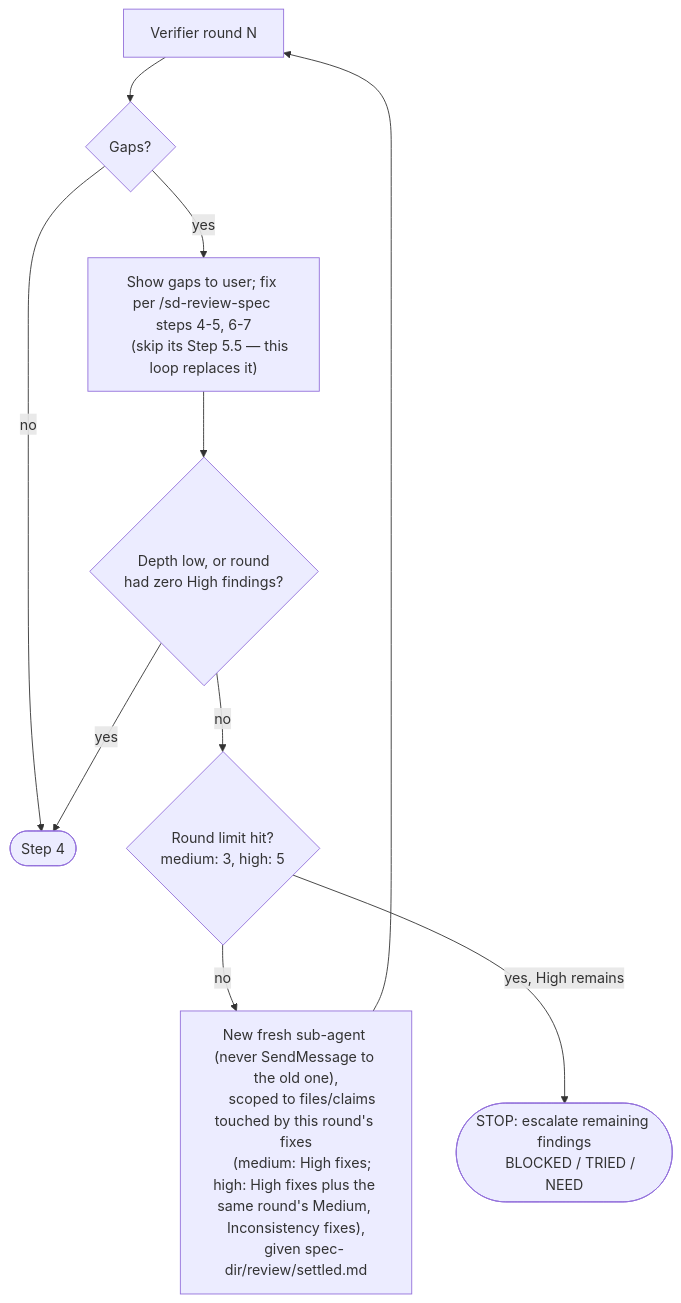
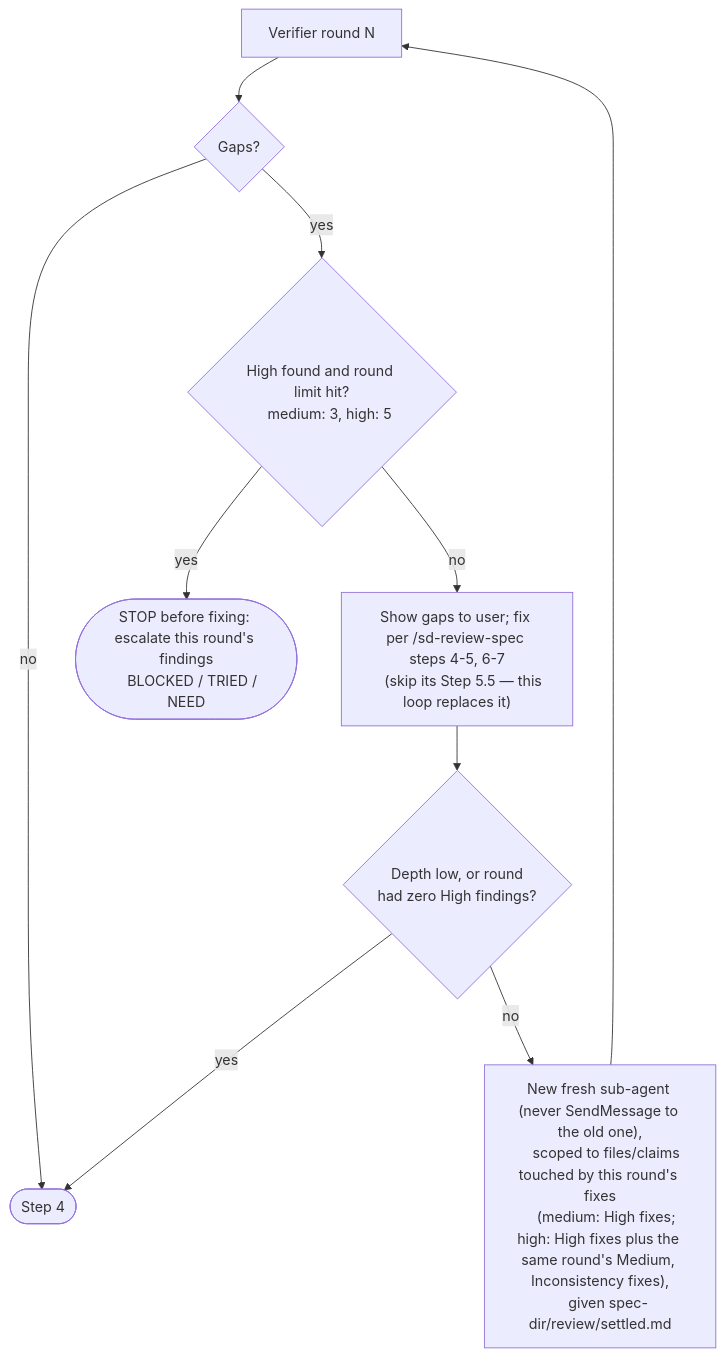
One commit to Ronnasayd/aipp changed the diagram in skills/sd-planning/references/verifier-pass.md. Above: the diagram before and after it, drawn with Mermaid. The commit also changed other lines of this file and 2 other files, not shown here.

Commit message:
docs(sd-planning): check round limit before applying fixes
At the round limit with High findings, escalate before applying that
round's fixes so no unverified fix lands. Unrecognized depth values in
/sd-planning are handled like a missing depth (ask once).

````diff
--- a/skills/sd-planning/references/verifier-pass.md
+++ b/skills/sd-planning/references/verifier-pass.md
@@ -24,18 +24,18 @@
 ```mermaid
 flowchart TD
     R["Verifier round N"] --> G{"Gaps?"}
     G -- no --> Done([Step 4])
-    G -- yes --> F["Show gaps to user; fix per /sd-review-spec steps 4-5, 6-7
+    G -- yes --> H{"High found and round limit hit?
+    medium: 3, high: 5"}
+    H -- "yes" --> E([STOP before fixing: escalate this round's findings
+    BLOCKED / TRIED / NEED])
+    H -- no --> F["Show gaps to user; fix per /sd-review-spec steps 4-5, 6-7
     (skip its Step 5.5 — this loop replaces it)"]
     F --> Q{"Depth low, or round
     had zero High findings?"}
     Q -- yes --> Done
-    Q -- no --> H{"Round limit hit?
-    medium: 3, high: 5"}
-    H -- no --> R2["New fresh sub-agent (never SendMessage to the old one),
+    Q -- no --> R2["New fresh sub-agent (never SendMessage to the old one),
     scoped to files/claims touched by this round's fixes
     (medium: High fixes; high: High fixes plus the same round's Medium, Inconsistency fixes),
     given spec-dir/review/settled.md"] --> R
-    H -- "yes, High remains" --> E([STOP: escalate remaining findings
-    BLOCKED / TRIED / NEED])
 ```
````
